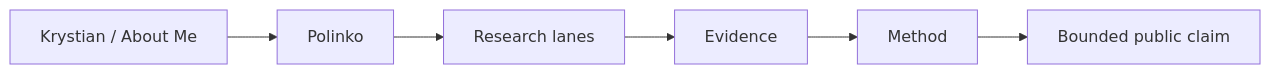
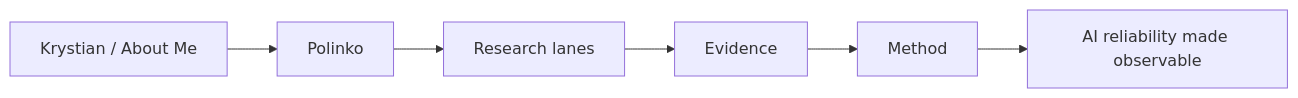
One commit to tryskian/polinko changed the second of 2 diagrams in site/README.md. Above: the diagram before and after it, drawn with Mermaid. The commit also changed other lines of this file and 9 other files, not shown here.

````diff
--- a/site/README.md
+++ b/site/README.md
@@ -37,8 +39,8 @@
 ```mermaid
 flowchart LR
   Person["Krystian / About Me"] --> Project["Polinko"]
   Project --> Research["Research lanes"]
   Research --> Evidence["Evidence"]
   Evidence --> Method["Method"]
-  Method --> Claim["Bounded public claim"]
+  Method --> Claim["AI reliability made observable"]
 ```
````
